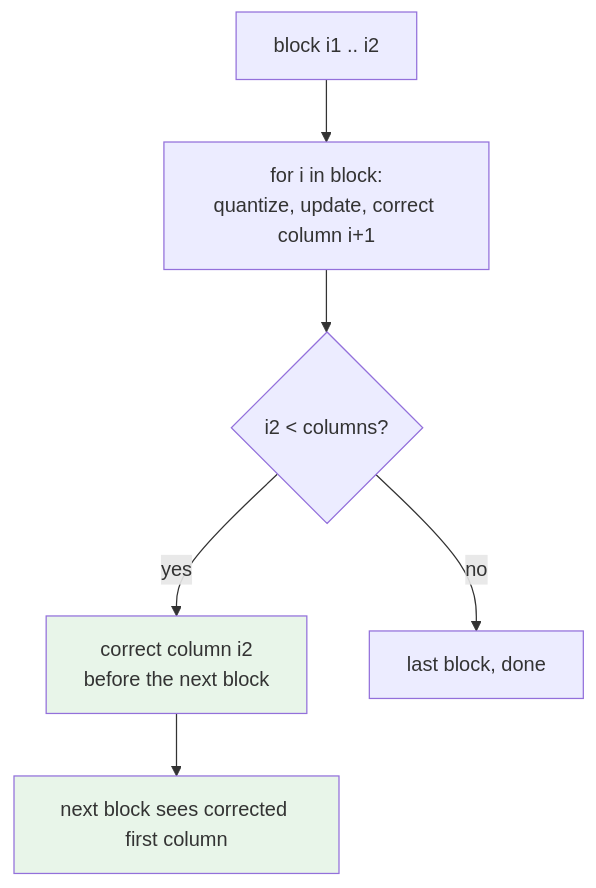
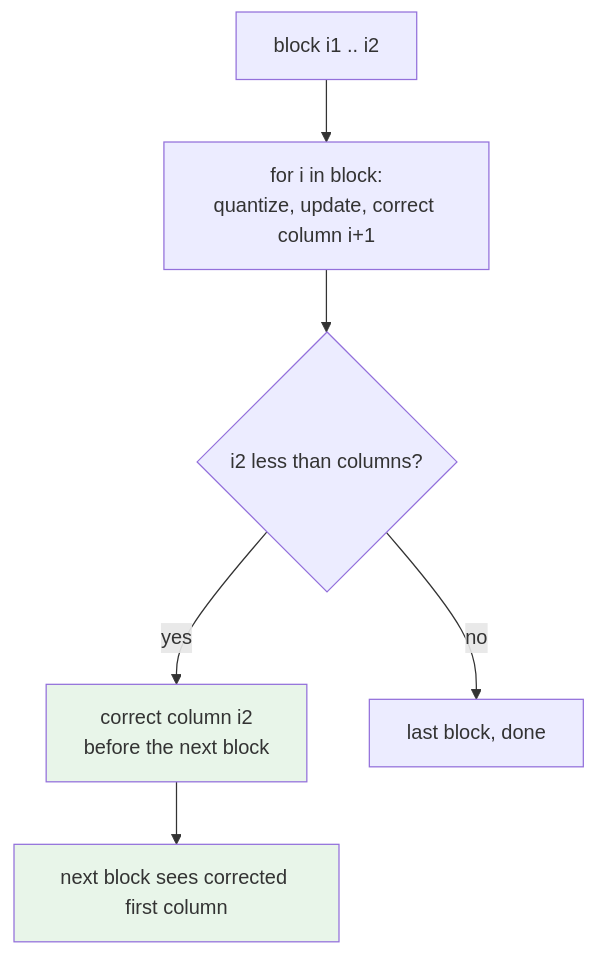
One commit to ModelCloud/GPTQModel changed the fourth of 4 diagrams in docs/fp8-save-offload.md. Above: the diagram before and after it, drawn with Mermaid.

Commit message:
docs: avoid an HTML-ambiguous label in the FOEM flow diagram (#4037)
Use words instead of a raw `<` inside the Mermaid decision label so the
diagram renders on GitHub.

````diff
--- a/docs/fp8-save-offload.md
+++ b/docs/fp8-save-offload.md
@@ -149,10 +149,10 @@
 ```mermaid
 flowchart TD
     A["block i1 .. i2"] --> B["for i in block:<br/>quantize, update, correct column i+1"]
-    B --> C{"i2 < columns?"}
+    B --> C{"i2 less than columns?"}
     C -- yes --> D["correct column i2<br/>before the next block"]
     C -- no --> E["last block, done"]
     D --> F["next block sees corrected first column"]
     style D fill:#e8f5e9
     style F fill:#e8f5e9
 ```
````
